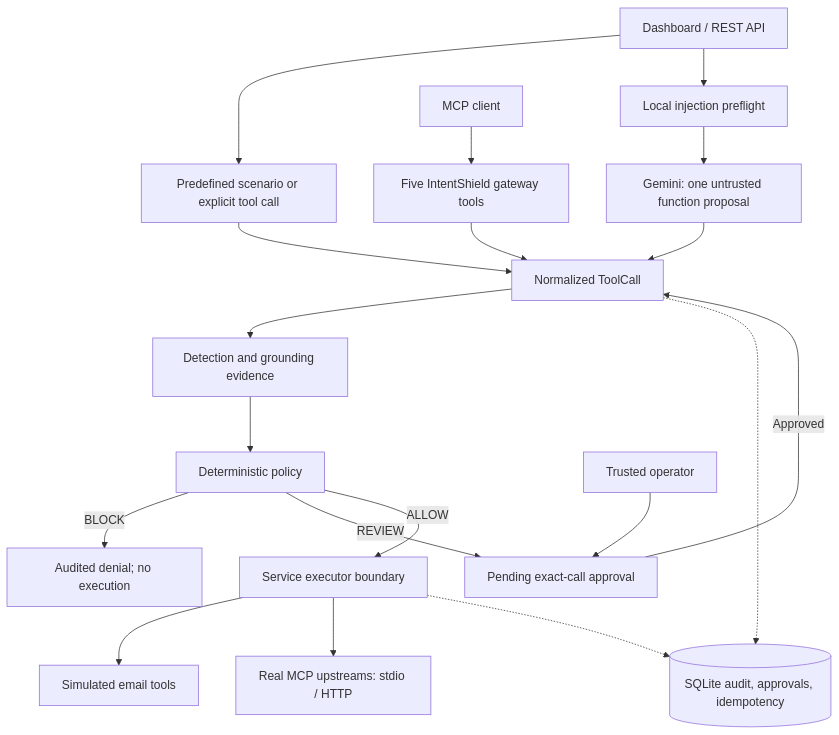
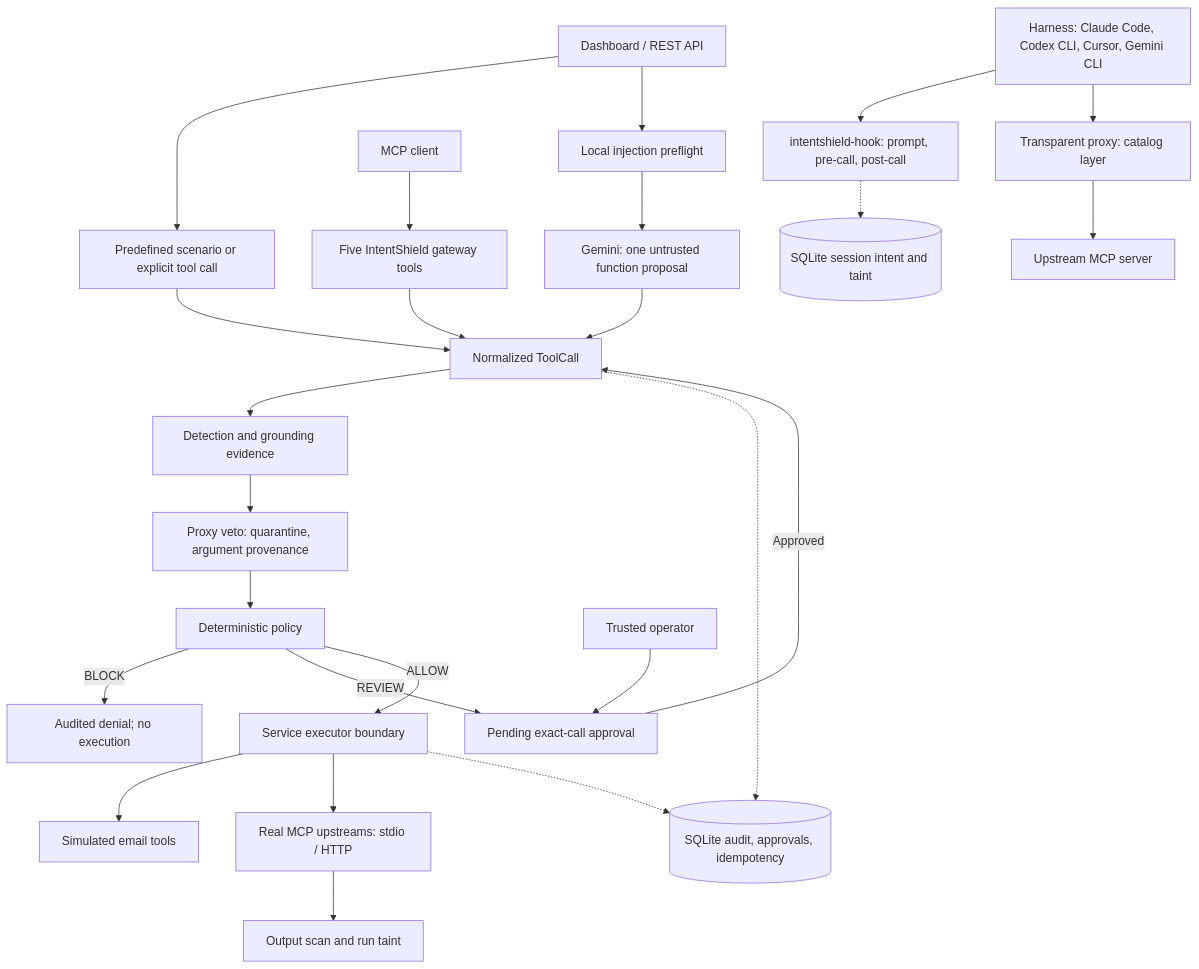
The diagram in docs/architecture-and-testing.md (Suhas-123-cell/IntentShield), drawn with Mermaid before and after one commit. The commit also changed other lines of this file and 2 other files, not shown here.

Commit message:
corrected the docs against the code and raw results, added the resume-here section and fixed the walkthrough's wrong-action check

````diff
--- a/docs/architecture-and-testing.md
+++ b/docs/architecture-and-testing.md
@@ -19,21 +20,27 @@
 ```mermaid
 flowchart TD
     W[Dashboard / REST API] --> F[Predefined scenario or explicit tool call]
     W --> P[Local injection preflight]
     P --> G[Gemini: one untrusted function proposal]
     G --> C[Normalized ToolCall]
     F --> C
     A[MCP client] --> M[Five IntentShield gateway tools]
     M --> C
     C --> S[Detection and grounding evidence]
-    S --> D[Deterministic policy]
+    S --> V[Proxy veto: quarantine, argument provenance]
+    V --> D[Deterministic policy]
     D -->|BLOCK| B[Audited denial; no execution]
     D -->|REVIEW| Q[Pending exact-call approval]
     H[Trusted operator] --> Q
     Q -->|Approved| C
     D -->|ALLOW| E[Service executor boundary]
     E --> L[Simulated email tools]
     E --> U[Real MCP upstreams: stdio / HTTP]
+    U --> O[Output scan and run taint]
     C -.-> DB[(SQLite audit, approvals, idempotency)]
     E -.-> DB
+    HN[Harness: Claude Code, Codex CLI, Cursor, Gemini CLI] --> HK[intentshield-hook: prompt, pre-call, post-call]
+    HK -.-> HDB[(SQLite session intent and taint)]
+    HN --> T[Transparent proxy: catalog layer]
+    T --> U2[Upstream MCP server]
 ```
````
